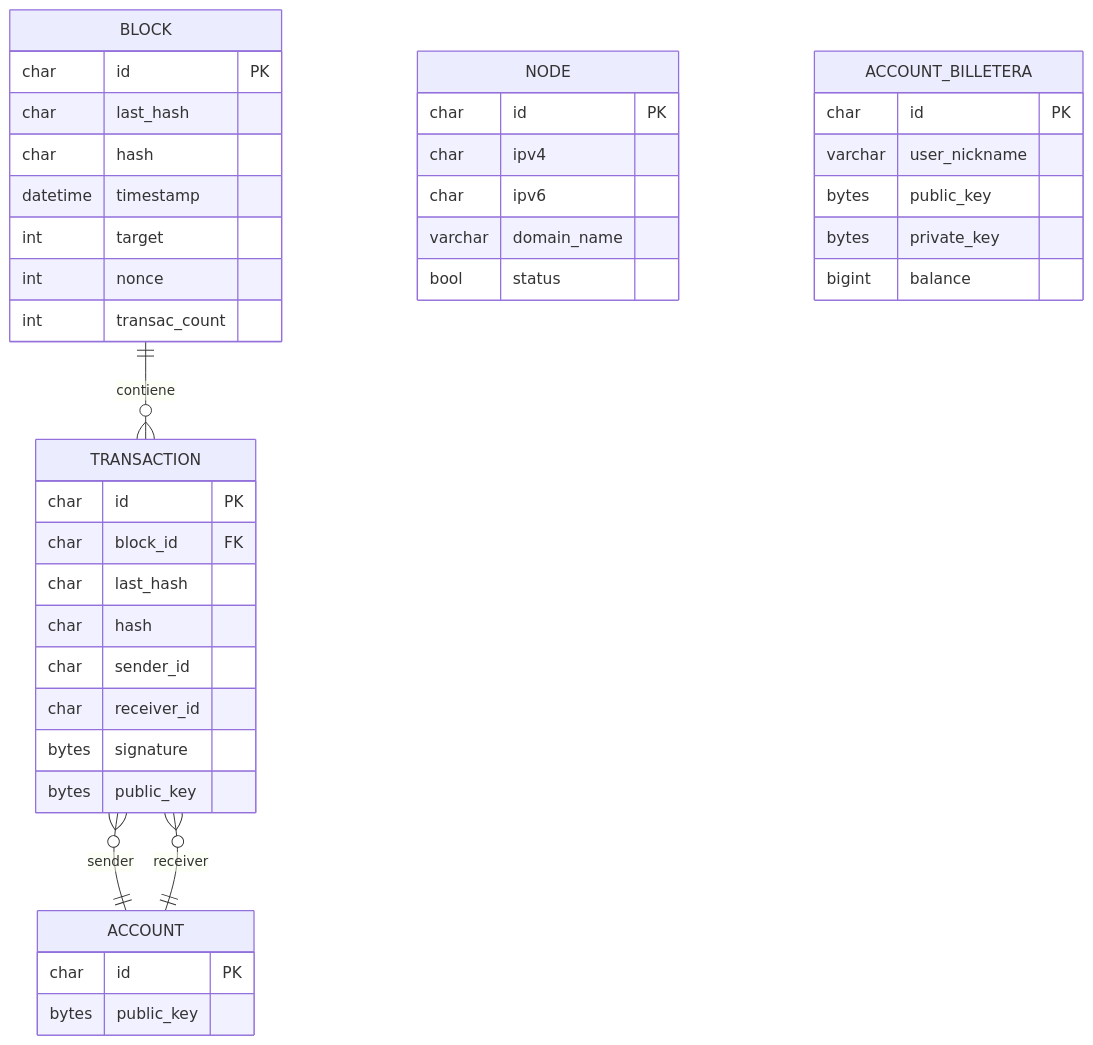
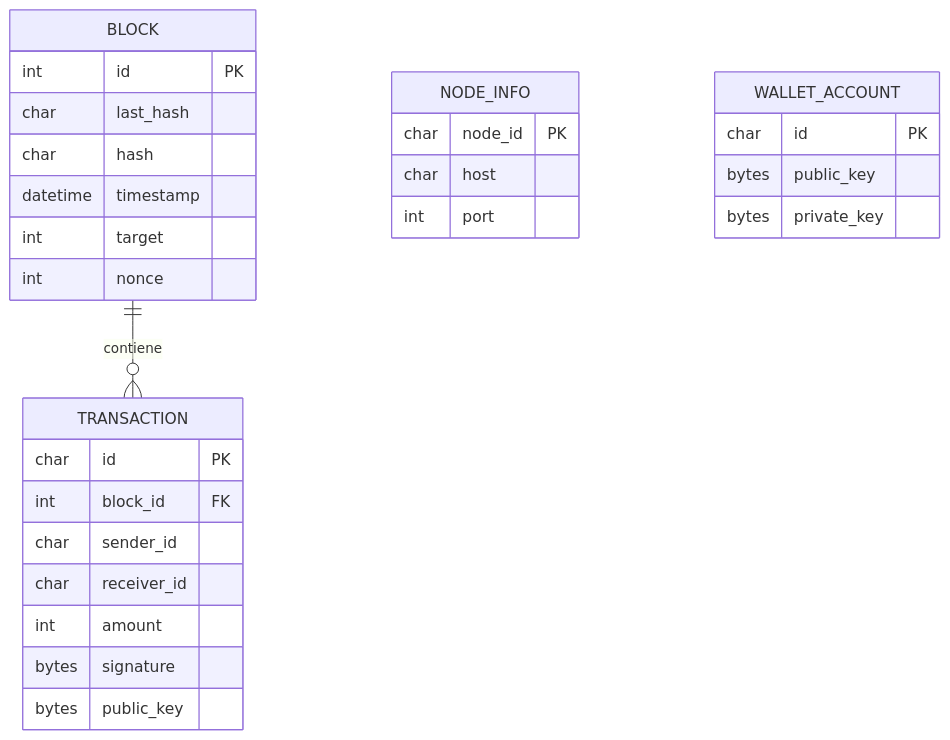
Before and after one commit to Ignacio687/final_computacion_II: the diagram in diagramas/entidad/entidad.mmd, drawn with Mermaid. The commit also changed 61 other files, not shown here.

```diff
--- a/diagramas/entidad/entidad.mmd
+++ b/diagramas/entidad/entidad.mmd
@@ -1,41 +1,29 @@
 erDiagram
   BLOCK {
-    char id PK
+    int id PK
     char last_hash
     char hash
     datetime timestamp
     int target
     int nonce
-    int transac_count
   }
   TRANSACTION {
     char id PK
-    char block_id FK
-    char last_hash
-    char hash
+    int block_id FK
     char sender_id
     char receiver_id
+    int amount
     bytes signature
     bytes public_key
   }
-  NODE {
-    char id PK
-    char ipv4
-    char ipv6
-    varchar domain_name
-    bool status
+  NODE_INFO {
+    char node_id PK
+    char host
+    int port
   }
-  ACCOUNT {
+  WALLET_ACCOUNT {
     char id PK
     bytes public_key
-  }
-  ACCOUNT_BILLETERA {
-    char id PK
-    varchar user_nickname
-    bytes public_key
     bytes private_key
-    bigint balance
   }
   BLOCK ||--o{ TRANSACTION : contiene
-  TRANSACTION }o--|| ACCOUNT : sender
-  TRANSACTION }o--|| ACCOUNT : receiver
```
